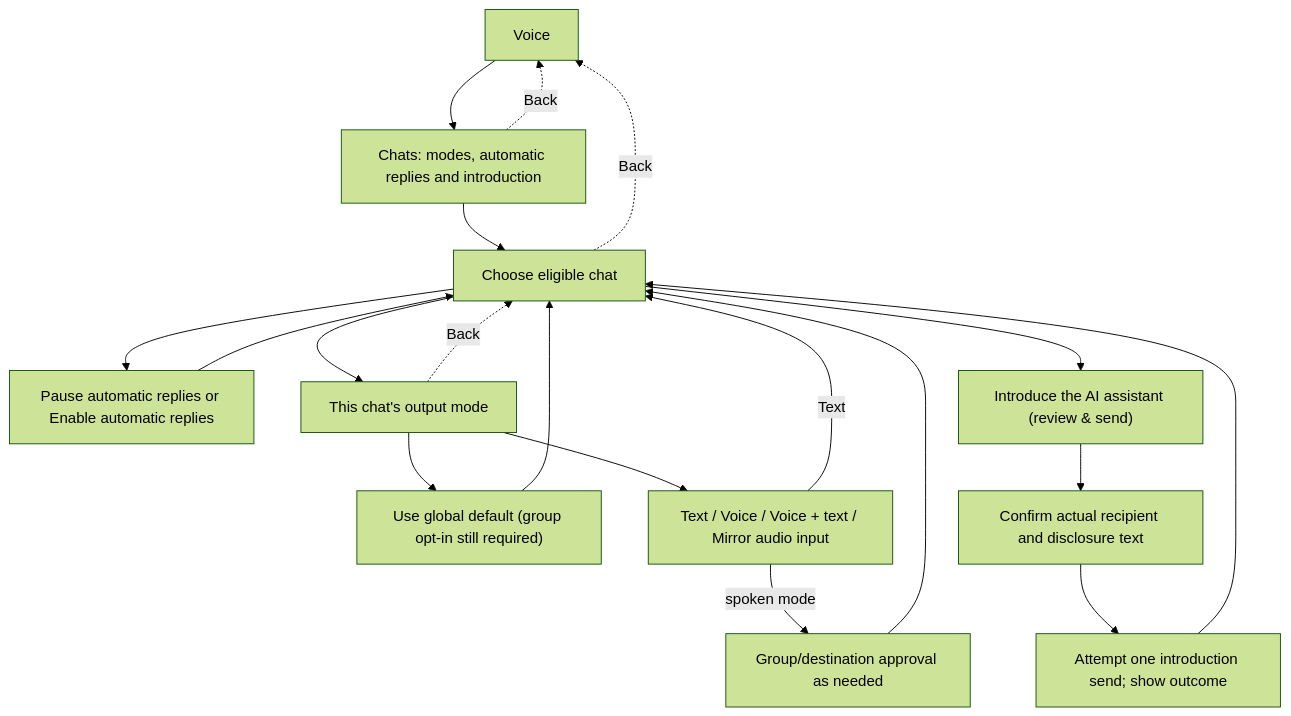
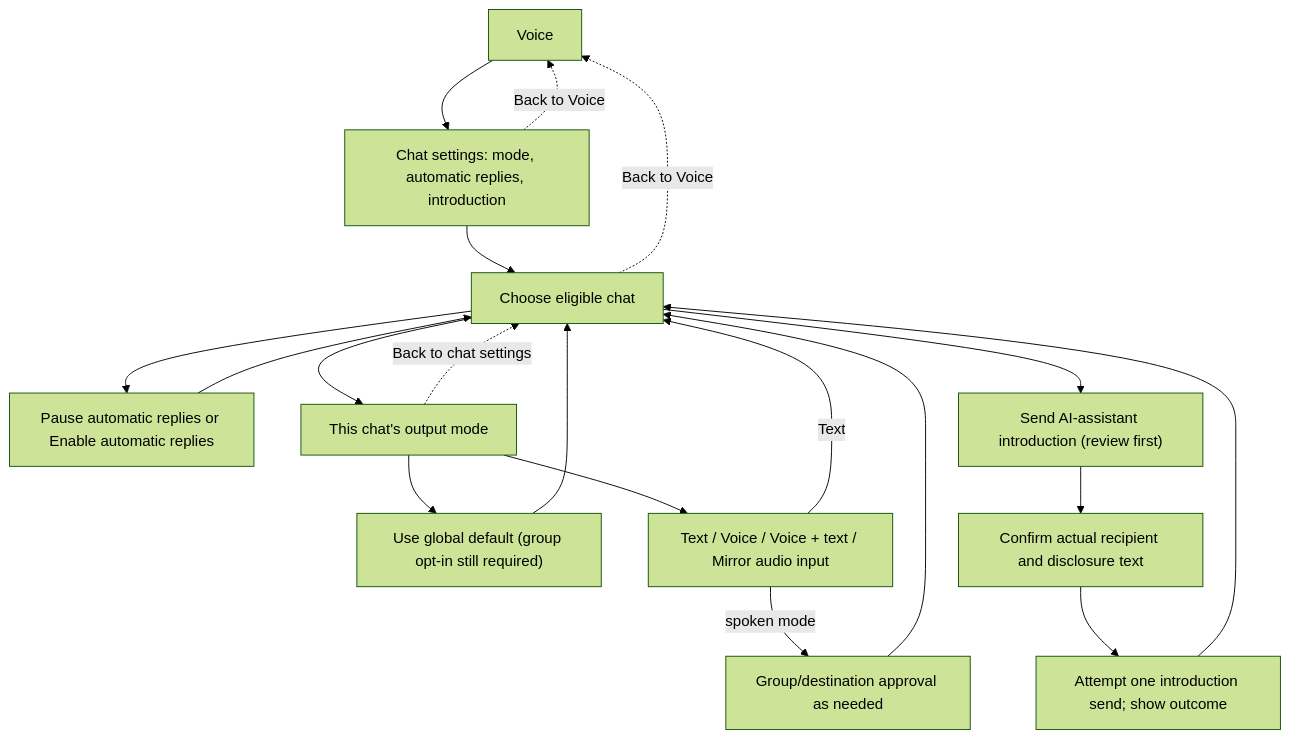
One commit to jagaliano/whatsapp-ng changed the eighth of 11 diagrams in docs/menu-diagrams.md. Above: the diagram before and after it, drawn with Mermaid (forest theme). The commit also changed other lines of this file and 33 other files, not shown here.

````diff
--- a/docs/menu-diagrams.md
+++ b/docs/menu-diagrams.md
@@ -201,21 +202,21 @@
 ```mermaid
 flowchart TB
-    Voice["Voice"] --> Picker["Chats: modes, automatic replies and introduction"]
+    Voice["Voice"] --> Picker["Chat settings: mode, automatic replies, introduction"]
     Picker --> Chat["Choose eligible chat"]
     Chat --> Pause["Pause automatic replies or Enable automatic replies"]
     Chat --> Modes["This chat's output mode"]
     Modes --> Inherit["Use global default (group opt-in still required)"]
     Modes --> Explicit["Text / Voice / Voice + text / Mirror audio input"]
-    Chat --> Introduce["Introduce the AI assistant (review & send)"]
+    Chat --> Introduce["Send AI-assistant introduction (review first)"]
     Introduce --> Review["Confirm actual recipient and disclosure text"]
     Review --> Send["Attempt one introduction send; show outcome"]
     Pause --> Chat
     Inherit --> Chat
     Explicit -->|"Text"| Chat
     Explicit -->|"spoken mode"| Consent["Group/destination approval as needed"]
     Consent --> Chat
     Send --> Chat
-    Modes -. "Back" .-> Chat
-    Chat -. "Back" .-> Voice
-    Picker -. "Back" .-> Voice
+    Modes -. "Back to chat settings" .-> Chat
+    Chat -. "Back to Voice" .-> Voice
+    Picker -. "Back to Voice" .-> Voice
 ```
````
